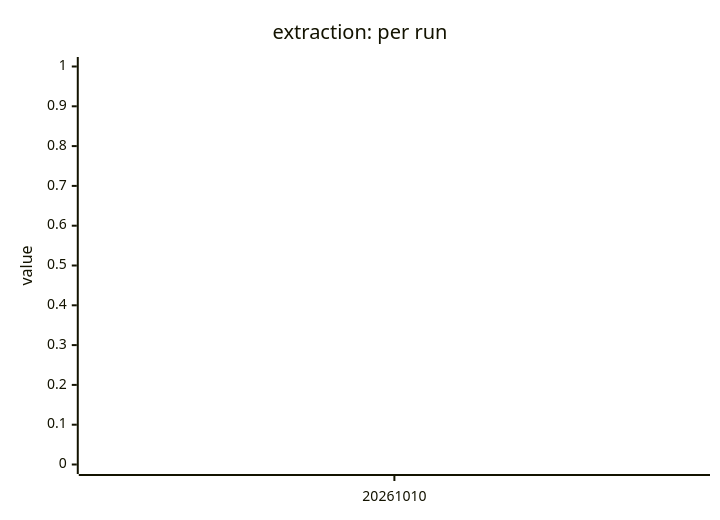
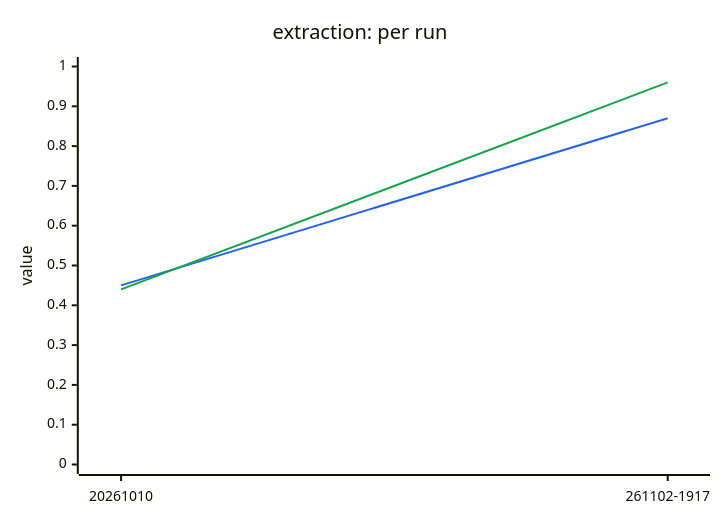
One commit to megagonlabs/blue-data-user-source changed the diagram in lib/tests/benchmarks/extraction/results/README.md. Above: the diagram before and after it, drawn with Mermaid. The commit also changed other lines of this file and 5 other files, not shown here.

````diff
--- a/lib/tests/benchmarks/extraction/results/README.md
+++ b/lib/tests/benchmarks/extraction/results/README.md
@@ -28,9 +28,9 @@
 ```mermaid
 %%{init: {"themeVariables": {"xyChart": {"plotColorPalette": "#2563eb, #16a34a"}}}}%%
 xychart-beta
     title "extraction: per run"
-    x-axis ["20261010"]
+    x-axis ["20261010", "261102-1917"]
     y-axis "value" 0 --> 1
-    line [0.45]
-    line [0.44]
+    line [0.45, 0.87]
+    line [0.44, 0.96]
 ```
````
